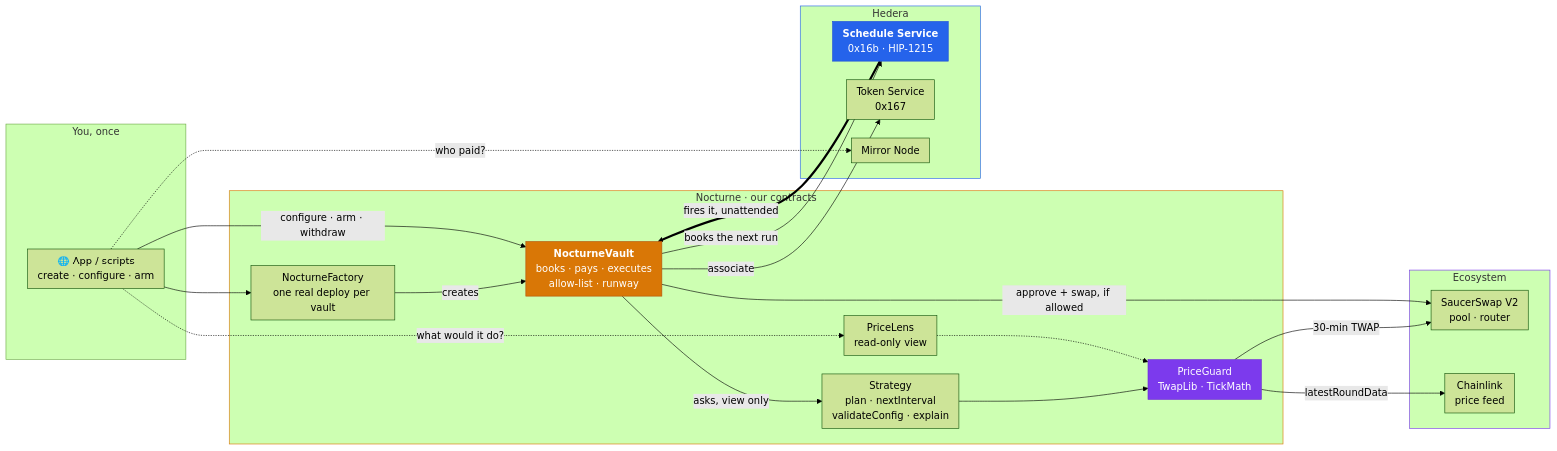
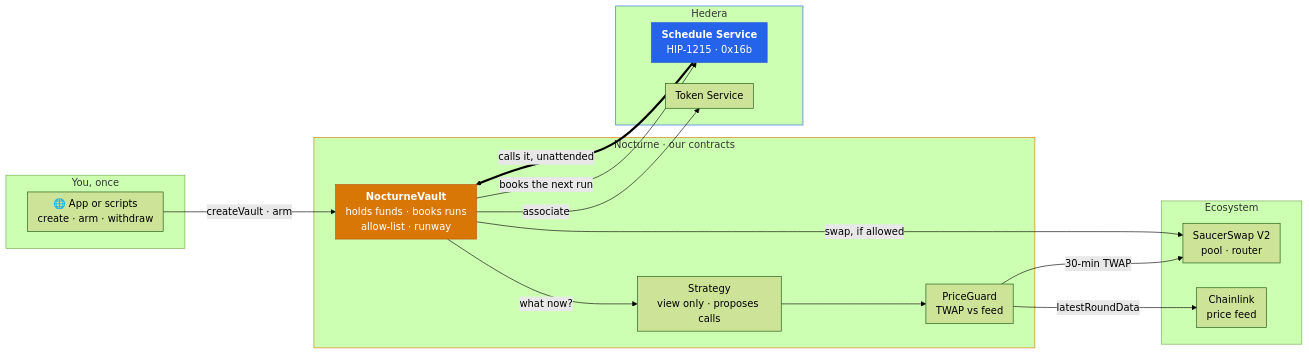
One commit to Madhav-Gupta-28/Nocturne changed the second of 2 diagrams in README.md. Above: the diagram before and after it, drawn with Mermaid (forest theme). The commit also changed other lines of this file, not shown here.

Commit message:
Tighten the README: one flow diagram, one architecture diagram, no screenshots

````diff
--- a/README.md
+++ b/README.md
@@ -242,55 +185,45 @@
 ```mermaid
 ---
 config:
   flowchart:
-    nodeSpacing: 30
+    nodeSpacing: 34
     rankSpacing: 70
     padding: 8
     useMaxWidth: true
 ---
 flowchart LR
     subgraph you["You, once"]
-        UI["🌐 App / scripts<br/>create · configure · arm"]
+        UI["🌐 App or scripts<br/>create · arm · withdraw"]
     end
 
     subgraph nocturne["Nocturne · our contracts"]
-        FAC["NocturneFactory<br/>one real deploy per vault"]
-        V["<b>NocturneVault</b><br/>books · pays · executes<br/>allow-list · runway"]
-        S["Strategy<br/>plan · nextInterval<br/>validateConfig · explain"]
-        PG["PriceGuard<br/>TwapLib · TickMath"]
-        PL["PriceLens<br/>read-only view"]
+        V["<b>NocturneVault</b><br/>holds funds · books runs<br/>allow-list · runway"]
+        S["Strategy<br/>view only · proposes calls"]
+        PG["PriceGuard<br/>TWAP vs feed"]
     end
 
     subgraph hedera["Hedera"]
-        HSS["<b>Schedule Service</b><br/>0x16b · HIP-1215"]
-        HTS["Token Service<br/>0x167"]
-        MN["Mirror Node"]
+        HSS["<b>Schedule Service</b><br/>HIP-1215 · 0x16b"]
+        HTS["Token Service"]
     end
 
     subgraph eco["Ecosystem"]
         SS["SaucerSwap V2<br/>pool · router"]
         CL["Chainlink<br/>price feed"]
     end
 
-    UI --> FAC
-    FAC -->|creates| V
-    UI -->|"configure · arm · withdraw"| V
+    UI -->|"createVault · arm"| V
     V -->|"books the next run"| HSS
-    HSS ==>|"fires it, unattended"| V
-    V -->|"asks, view only"| S
+    HSS ==>|"calls it, unattended"| V
+    V -->|"what now?"| S
     S --> PG
     PG -->|"30-min TWAP"| SS
     PG -->|"latestRoundData"| CL
-    V -->|"approve + swap, if allowed"| SS
-    V -->|associate| HTS
-    UI -.->|"what would it do?"| PL
-    PL -.-> PG
-    UI -.->|"who paid?"| MN
+    V -->|"swap, if allowed"| SS
+    V -->|"associate"| HTS
 
     style V fill:#D97706,stroke:#B45309,color:#FFFFFF
     style HSS fill:#2563EB,stroke:#1D4ED8,color:#FFFFFF
-    style PG fill:#7C3AED,stroke:#6D28D9,color:#FFFFFF
     style nocturne stroke:#D97706
     style hedera stroke:#2563EB
-    style eco stroke:#7C3AED
 ```
````
